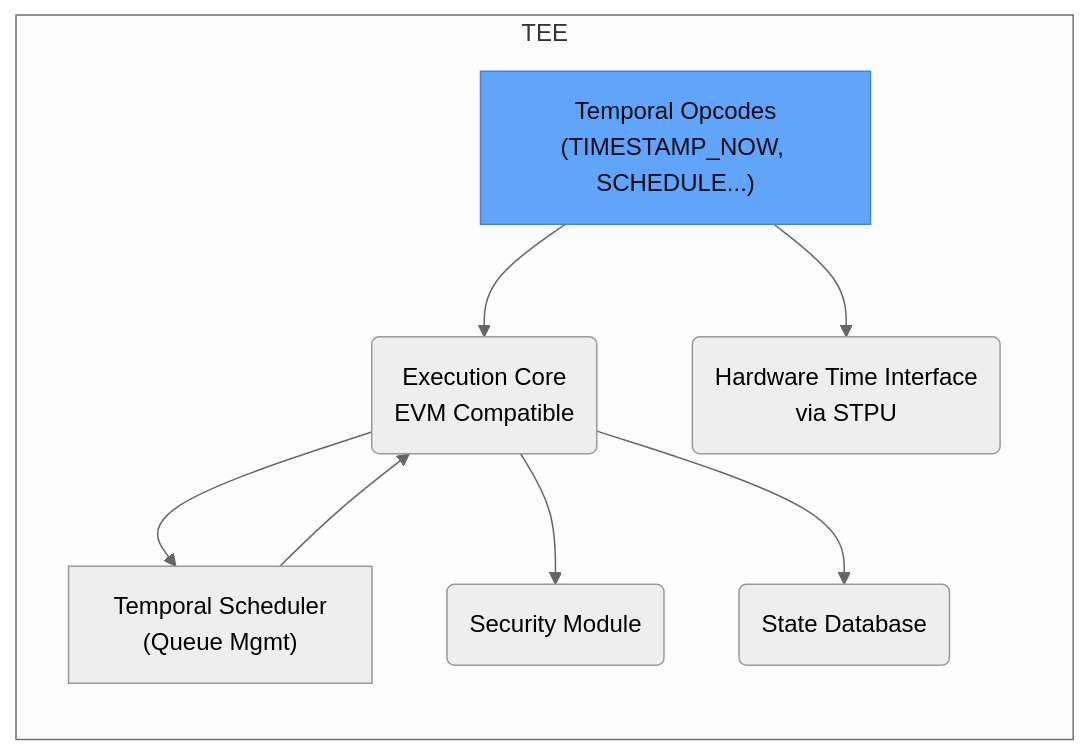
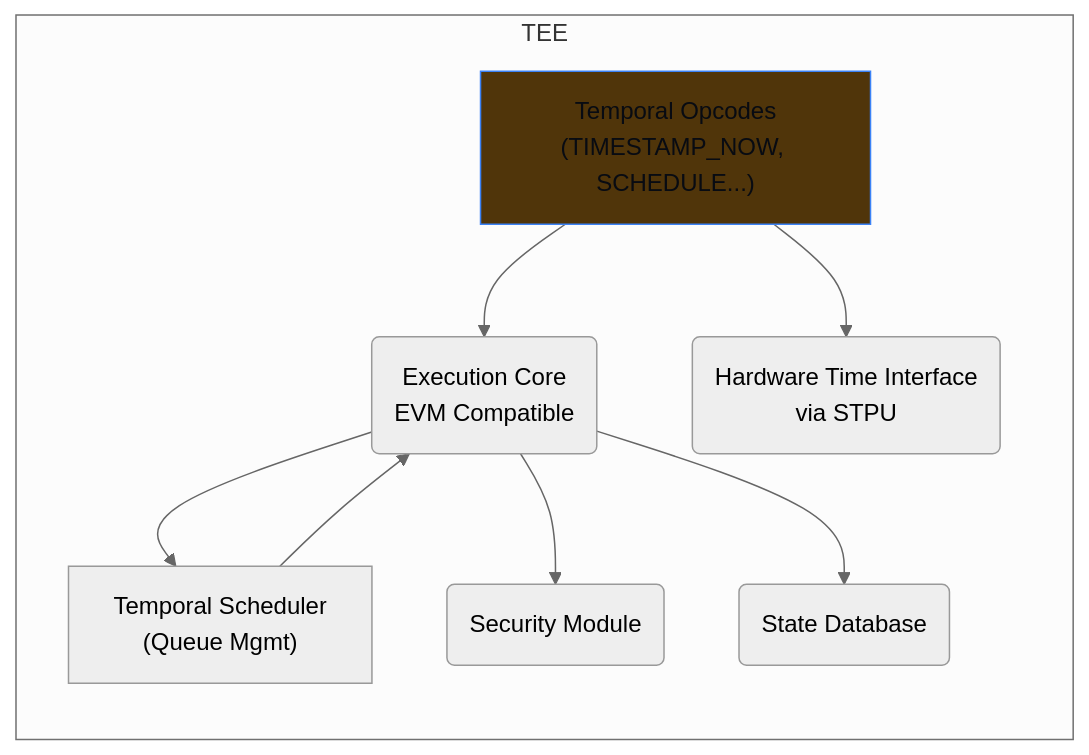
Before and after one commit to nshkrdotcom/nshkrdotcom.github.io: the fifth of 7 diagrams in content/chronoledger/_index.md, drawn with Mermaid (neutral theme). The commit also changed other lines of this file, not shown here.

```diff
--- a/content/chronoledger/_index.md
+++ b/content/chronoledger/_index.md
@@ -396,13 +396,13 @@
            <div class="mermaid">
               graph TD
                   subgraph TEE
                       direction TB
                       A["Temporal Opcodes<br>(TIMESTAMP_NOW, SCHEDULE...)"] --> B(Execution Core<br>EVM Compatible)
                       B --> C["Temporal Scheduler<br>(Queue Mgmt)"]
                       B --> D(Security Module)
                       C --> B
                       B --> E(State Database)
                       A --> F(Hardware Time Interface<br>via STPU)
                   end
-                   style A fill:#60A5FA,stroke:#3B82F6,stroke-width:1px,color:#080B12
+                   style A fill:#50350A,stroke:#3B82F6,stroke-width:1px,color:#080B12
            </div>
```
